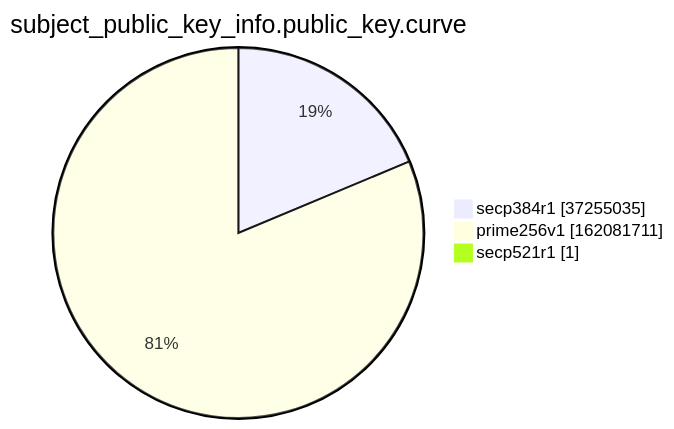
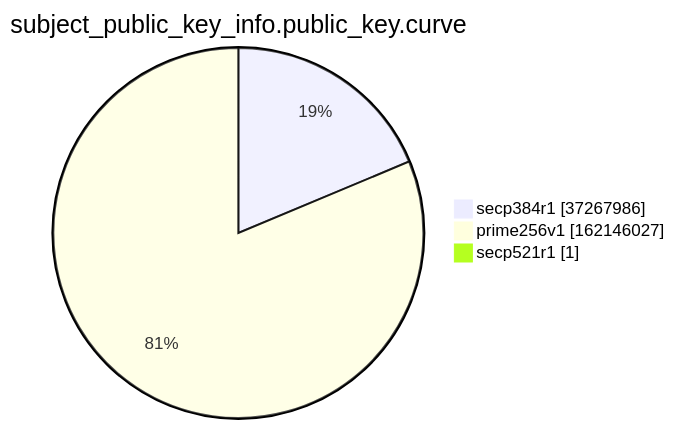
One commit to christiankrug/ctmonitor_visualization changed the ninth of 15 diagrams in argon2022/README.md. Above: the diagram before and after it, drawn with Mermaid. The commit also changed other lines of this file, not shown here.

````diff
--- a/argon2022/README.md
+++ b/argon2022/README.md
@@ -2766,7 +2766,7 @@
 ```mermaid
 pie showData
 title subject_public_key_info.public_key.curve
-"secp384r1" :37255035
-"prime256v1" :162081711
+"secp384r1" :37267986
+"prime256v1" :162146027
 "secp521r1" :1
 ```
````
